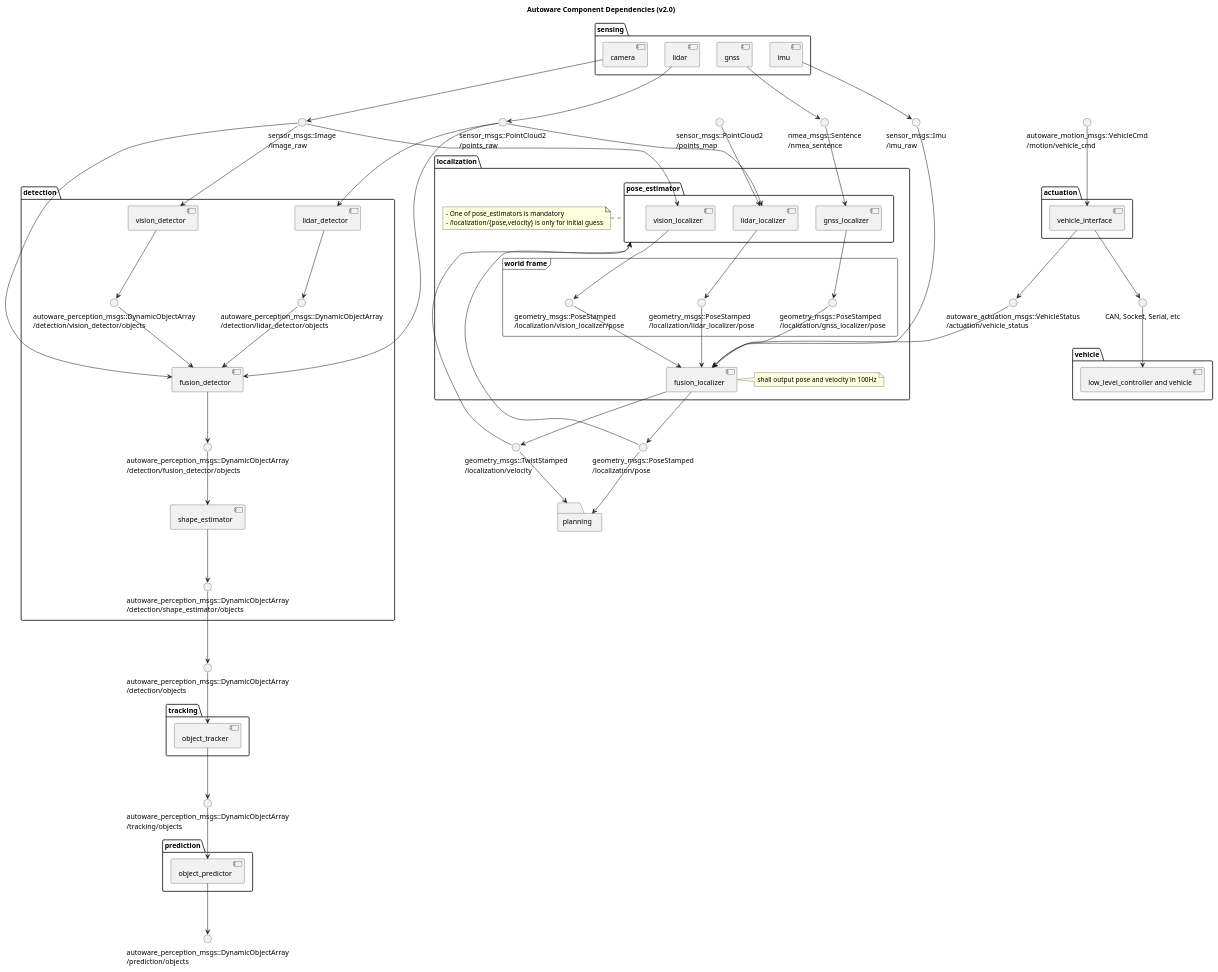
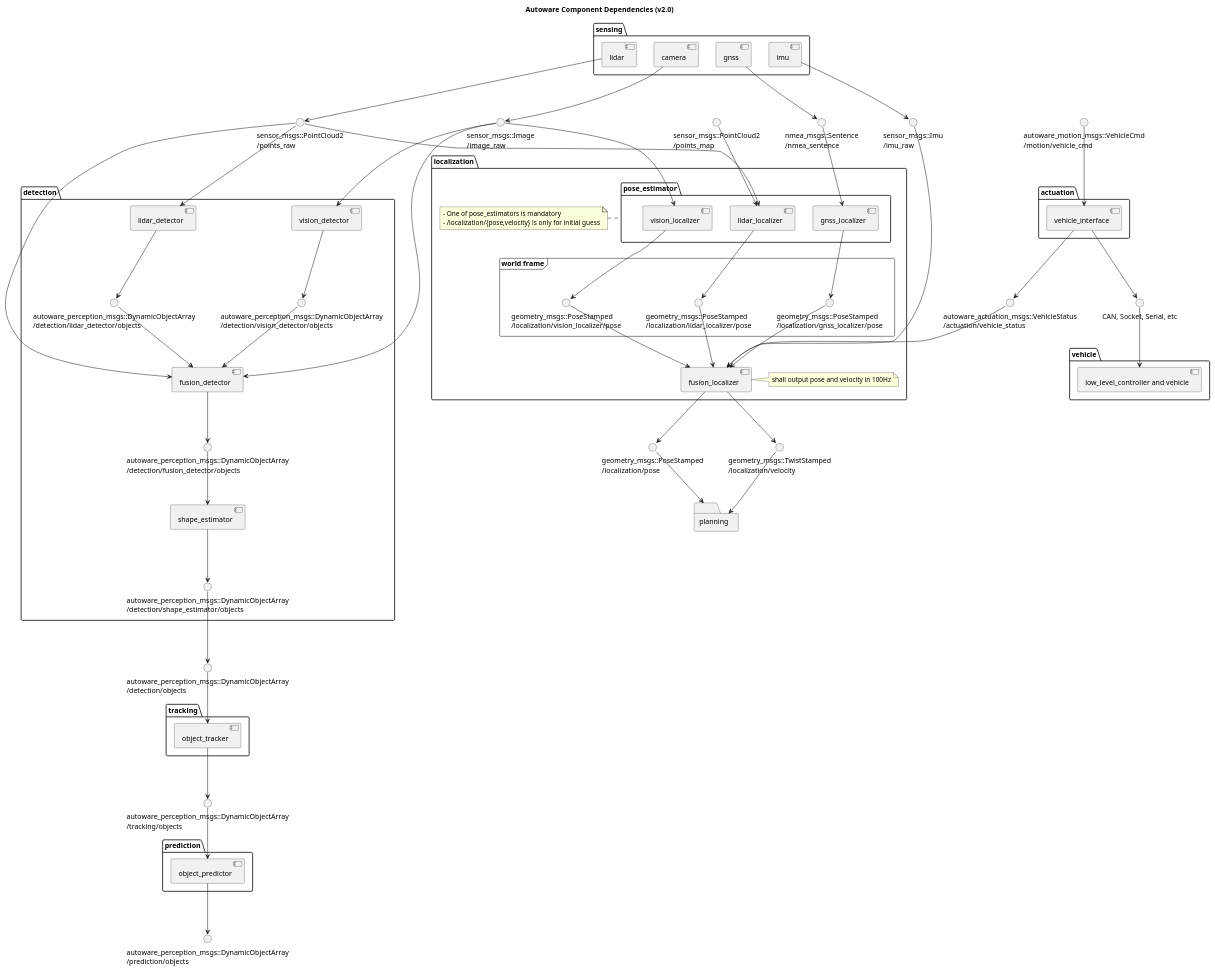
The diagram in docs/architecture/ComponentDiagram.pu (beenfhb/autoware), drawn with PlantUML before and after one commit.

Commit message:
Remove current_{pose,velocity} --> pose_estimator

```diff
--- a/docs/architecture/ComponentDiagram.pu
+++ b/docs/architecture/ComponentDiagram.pu
@@ -110,10 +110,6 @@
     }
 
     folder pose_estimator {
-        'inputs
-        current_pose --> pose_estimator
-        current_velocity --> pose_estimator
-
         [gnss_localizer]
         'inputs
         nmea_sentence --> gnss_localizer
```
